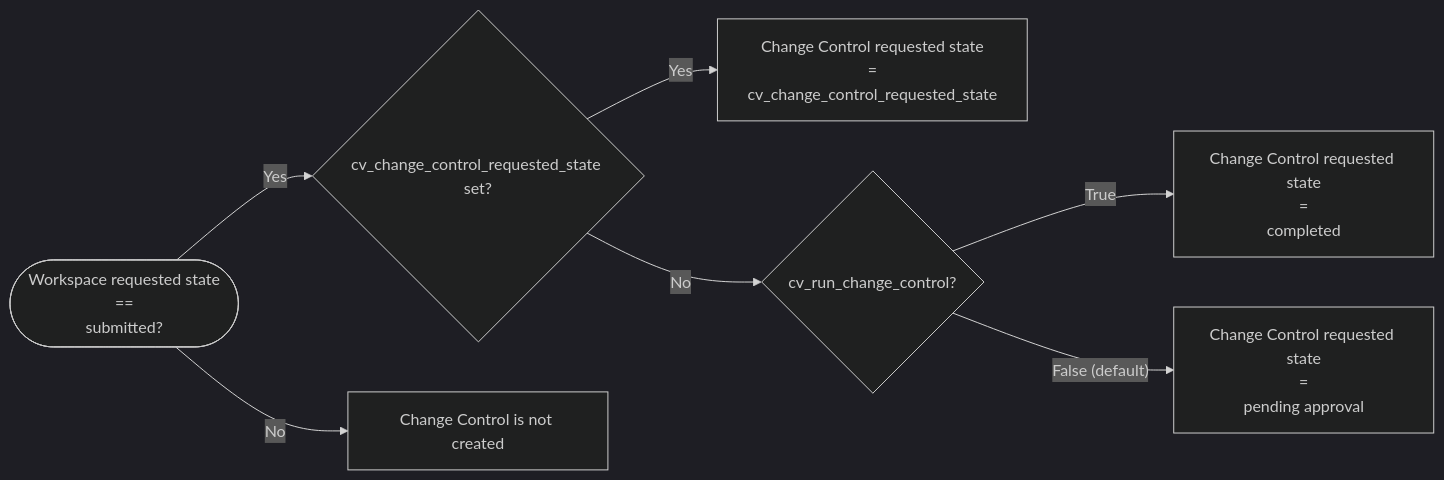
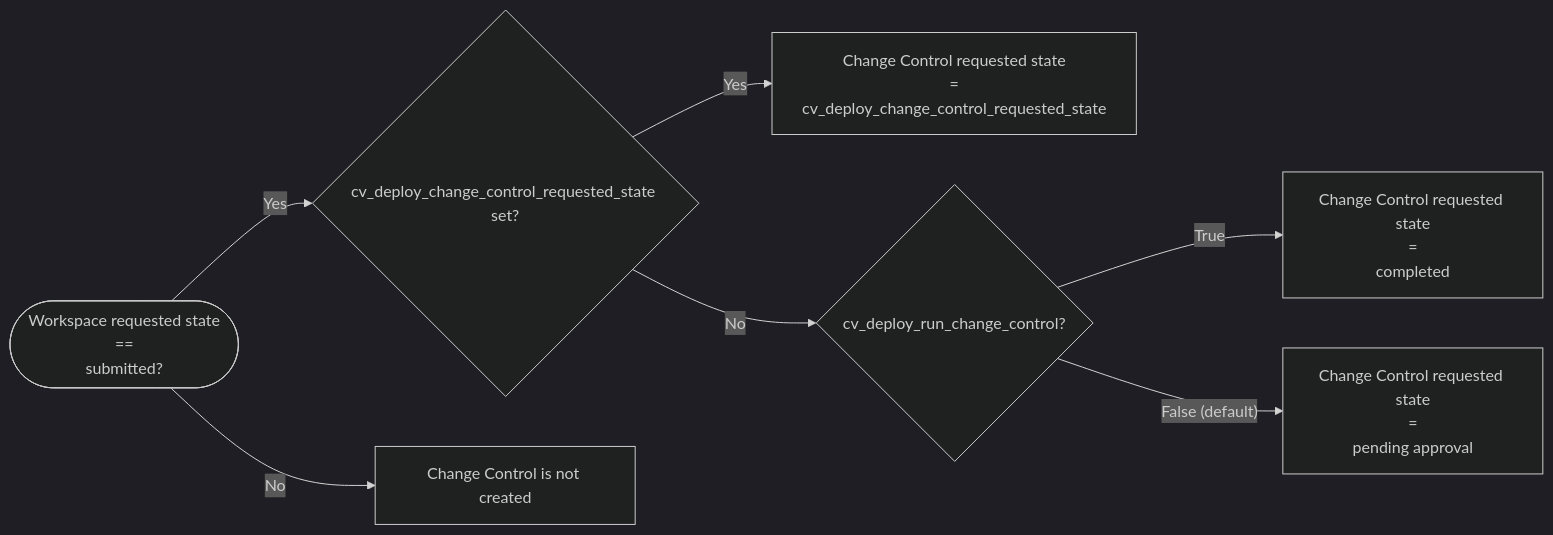
One commit to aristanetworks/avd changed the third of 3 diagrams in ansible_collections/arista/avd/roles/cv_deploy/README.md. Above: the diagram before and after it, drawn with Mermaid (dark theme). The commit also changed other lines of this file and 74 other files, not shown here.

````diff
--- a/ansible_collections/arista/avd/roles/cv_deploy/README.md
+++ b/ansible_collections/arista/avd/roles/cv_deploy/README.md
@@ -387,9 +387,9 @@
 ```mermaid
 flowchart LR
-    A(["Workspace requested state\n==\nsubmitted?"]) -- Yes --> B{cv_change_control_requested_state set?}
+    A(["Workspace requested state\n==\nsubmitted?"]) -- Yes --> B{cv_deploy_change_control_requested_state set?}
     A -- No --> G["Change Control is not created"]
-    B -- Yes --> C["Change Control requested state\n=\ncv_change_control_requested_state"]
-    B -- No --> D{"cv_run_change_control?"}
+    B -- Yes --> C["Change Control requested state\n=\ncv_deploy_change_control_requested_state"]
+    B -- No --> D{"cv_deploy_run_change_control?"}
     D -- True --> E["Change Control requested state\n=\ncompleted"]
     D -- "False (default)" --> F["Change Control requested state\n=\npending approval"]
 ```
````
